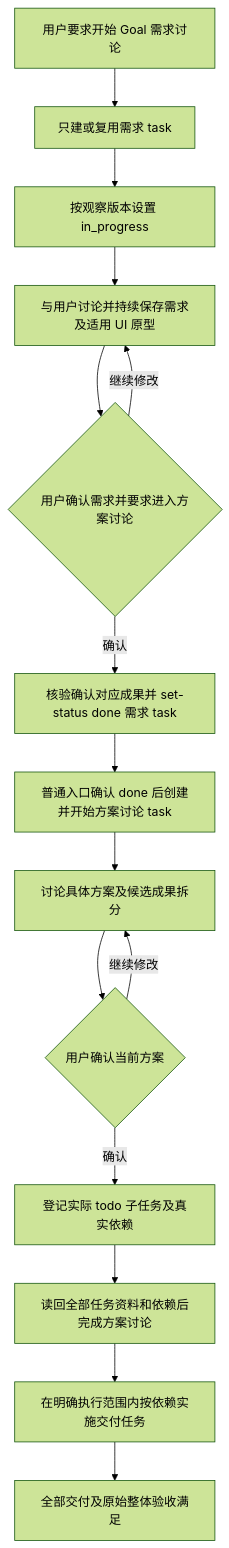
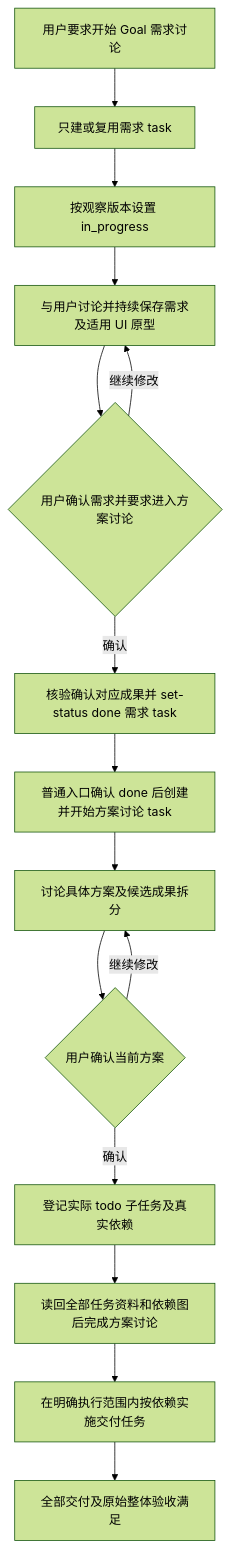
The diagram in docs/design/daynight-goal-workflow.md (codetreker/daynight), drawn with Mermaid (forest theme) before and after one commit. The commit also changed other lines of this file and 24 other files, not shown here.

````diff
--- a/docs/design/daynight-goal-workflow.md
+++ b/docs/design/daynight-goal-workflow.md
@@ -50,17 +62,17 @@
 ```mermaid
 flowchart TD
     A[用户要求开始 Goal 需求讨论] --> B[只建或复用需求 task]
     B --> C[按观察版本设置 in_progress]
     C --> D[与用户讨论并持续保存需求及适用 UI 原型]
     D --> E{用户确认需求并要求进入方案讨论}
     E -->|继续修改| D
     E -->|确认| F[核验确认对应成果并 set-status done 需求 task]
     F --> G[普通入口确认 done 后创建并开始方案讨论 task]
     G --> H[讨论具体方案及候选成果拆分]
     H --> I{用户确认当前方案}
     I -->|继续修改| H
     I -->|确认| J[登记实际 todo 子任务及真实依赖]
-    J --> K[读回全部任务资料和依赖后完成方案讨论]
+    J --> K[读回全部任务资料和依赖图后完成方案讨论]
     K --> L[在明确执行范围内按依赖实施交付任务]
     L --> M[全部交付及原始整体验收满足]
 ```
````
